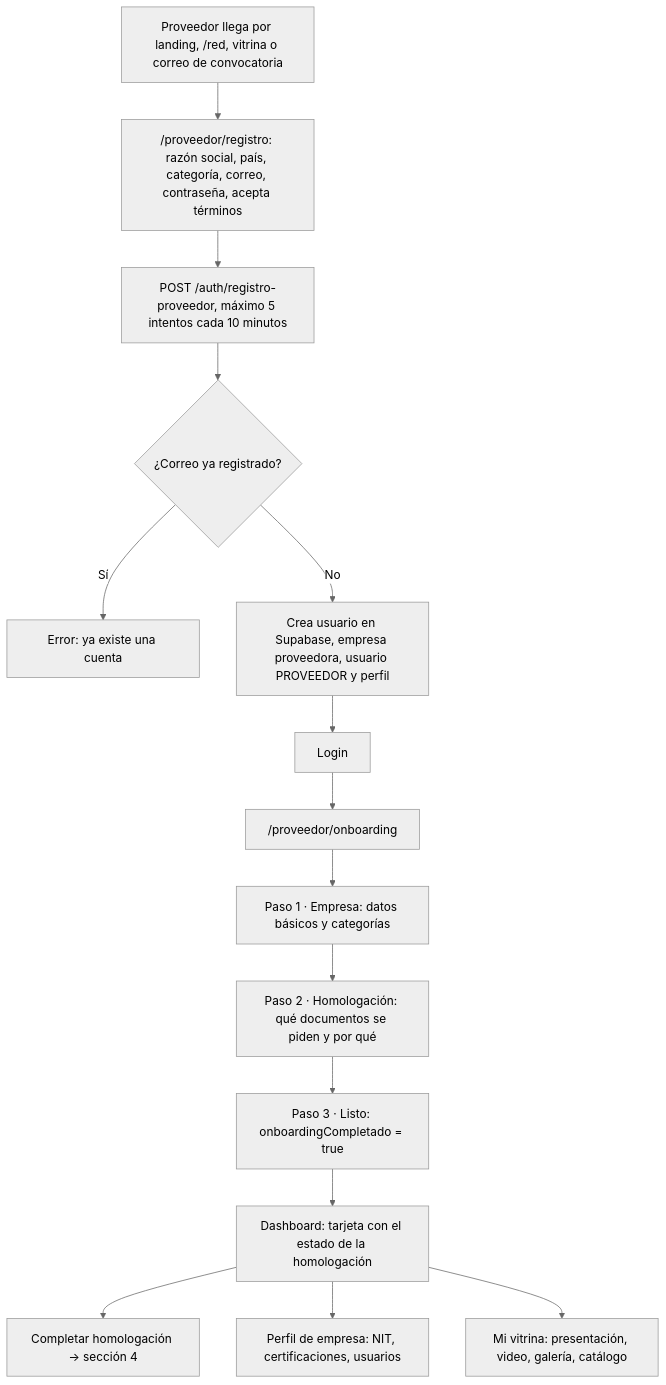
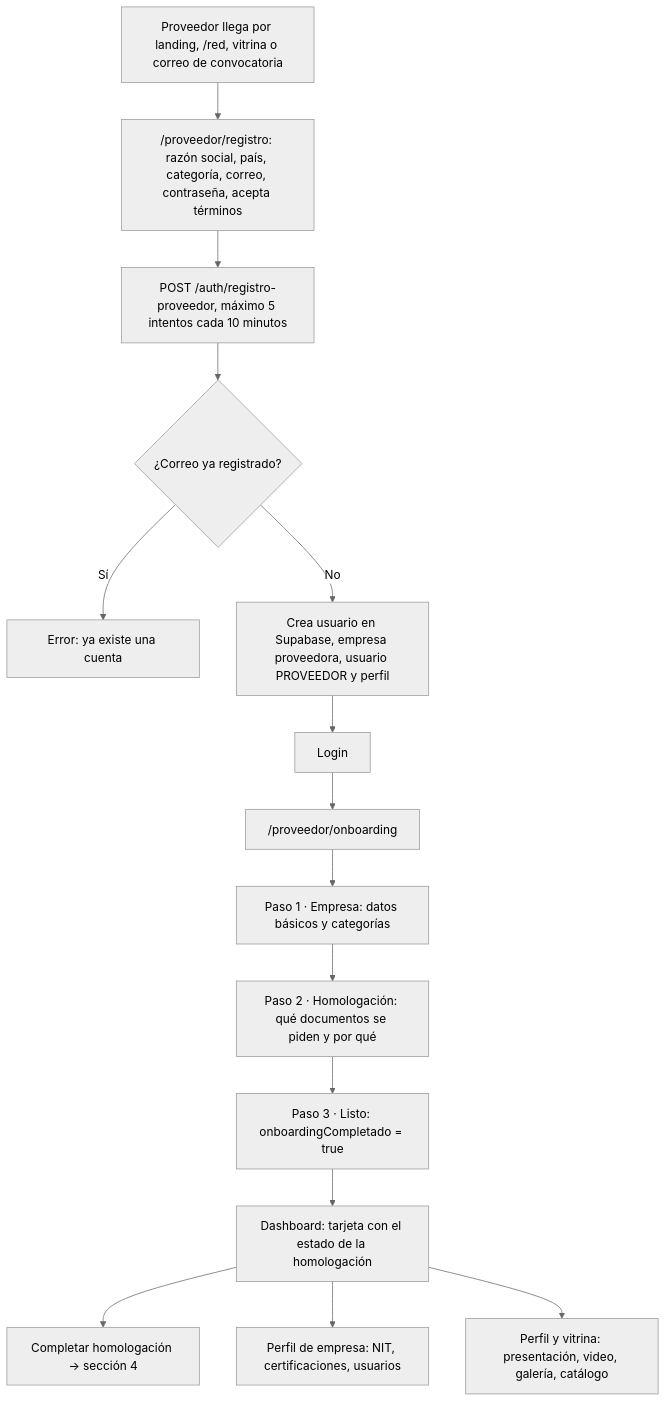
One commit to johnalecc21/bolt_pro changed the sixth of 34 diagrams in docs/DIAGRAMAS-FLUJO.md. Above: the diagram before and after it, drawn with Mermaid (neutral theme). The commit also changed other lines of this file and 30 other files, not shown here.

````diff
--- a/docs/DIAGRAMAS-FLUJO.md
+++ b/docs/DIAGRAMAS-FLUJO.md
@@ -186,17 +186,17 @@
 ```mermaid
 flowchart TD
     A["Proveedor llega por landing, /red, vitrina o correo de convocatoria"] --> B["/proveedor/registro: razón social, país, categoría, correo, contraseña, acepta términos"]
     B --> C["POST /auth/registro-proveedor, máximo 5 intentos cada 10 minutos"]
     C --> D{"¿Correo ya registrado?"}
     D -->|"Sí"| D1["Error: ya existe una cuenta"]
     D -->|"No"| E["Crea usuario en Supabase, empresa proveedora, usuario PROVEEDOR y perfil"]
     E --> F["Login"]
     F --> G["/proveedor/onboarding"]
     G --> G1["Paso 1 · Empresa: datos básicos y categorías"]
     G1 --> G2["Paso 2 · Homologación: qué documentos se piden y por qué"]
     G2 --> G3["Paso 3 · Listo: onboardingCompletado = true"]
     G3 --> H["Dashboard: tarjeta con el estado de la homologación"]
     H --> I["Completar homologación → sección 4"]
     H --> J["Perfil de empresa: NIT, certificaciones, usuarios"]
-    H --> K["Mi vitrina: presentación, video, galería, catálogo"]
+    H --> K["Perfil y vitrina: presentación, video, galería, catálogo"]
 ```
````
